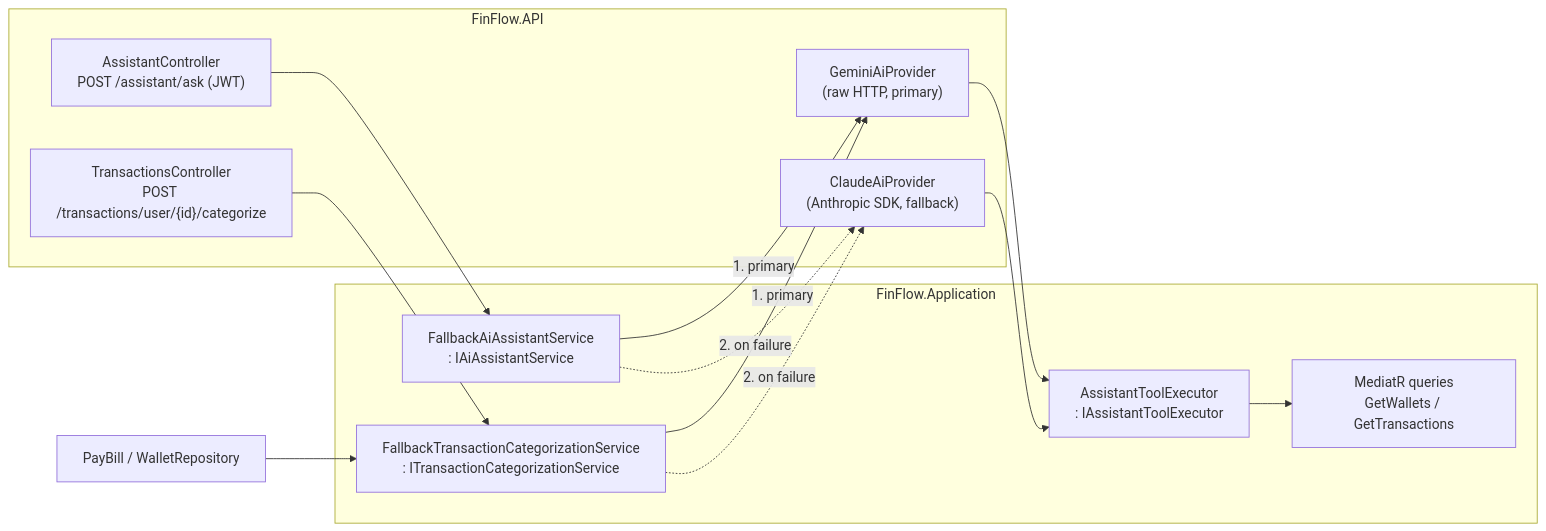
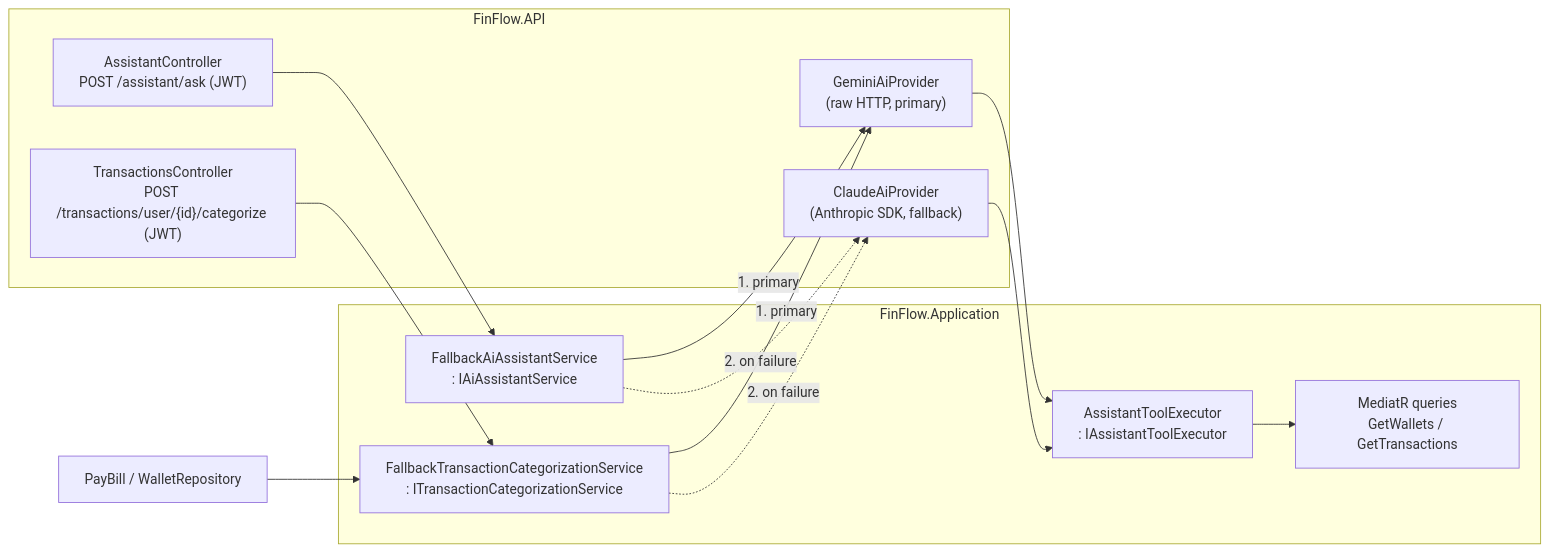
The diagram in README.md (klckerim/finflow-auth-service), drawn with Mermaid before and after one commit. The commit also changed other lines of this file and 5 other files, not shown here.

````diff
--- a/README.md
+++ b/README.md
@@ -184,25 +184,25 @@
 ```mermaid
 flowchart LR
     subgraph API["FinFlow.API"]
         AC["AssistantController<br/>POST /assistant/ask (JWT)"]
-        TC["TransactionsController<br/>POST /transactions/user/{id}/categorize"]
+        TC["TransactionsController<br/>POST /transactions/user/{id}/categorize (JWT)"]
         G["GeminiAiProvider<br/>(raw HTTP, primary)"]
         C["ClaudeAiProvider<br/>(Anthropic SDK, fallback)"]
     end
     subgraph APP["FinFlow.Application"]
         FA["FallbackAiAssistantService<br/>: IAiAssistantService"]
         FC["FallbackTransactionCategorizationService<br/>: ITransactionCategorizationService"]
         TE["AssistantToolExecutor<br/>: IAssistantToolExecutor"]
         Q["MediatR queries<br/>GetWallets / GetTransactions"]
     end
     AC --> FA
     TC --> FC
     PB["PayBill / WalletRepository"] --> FC
     FA -- "1. primary" --> G
     FA -. "2. on failure" .-> C
     FC -- "1. primary" --> G
     FC -. "2. on failure" .-> C
     G --> TE
     C --> TE
     TE --> Q
 ```
````
